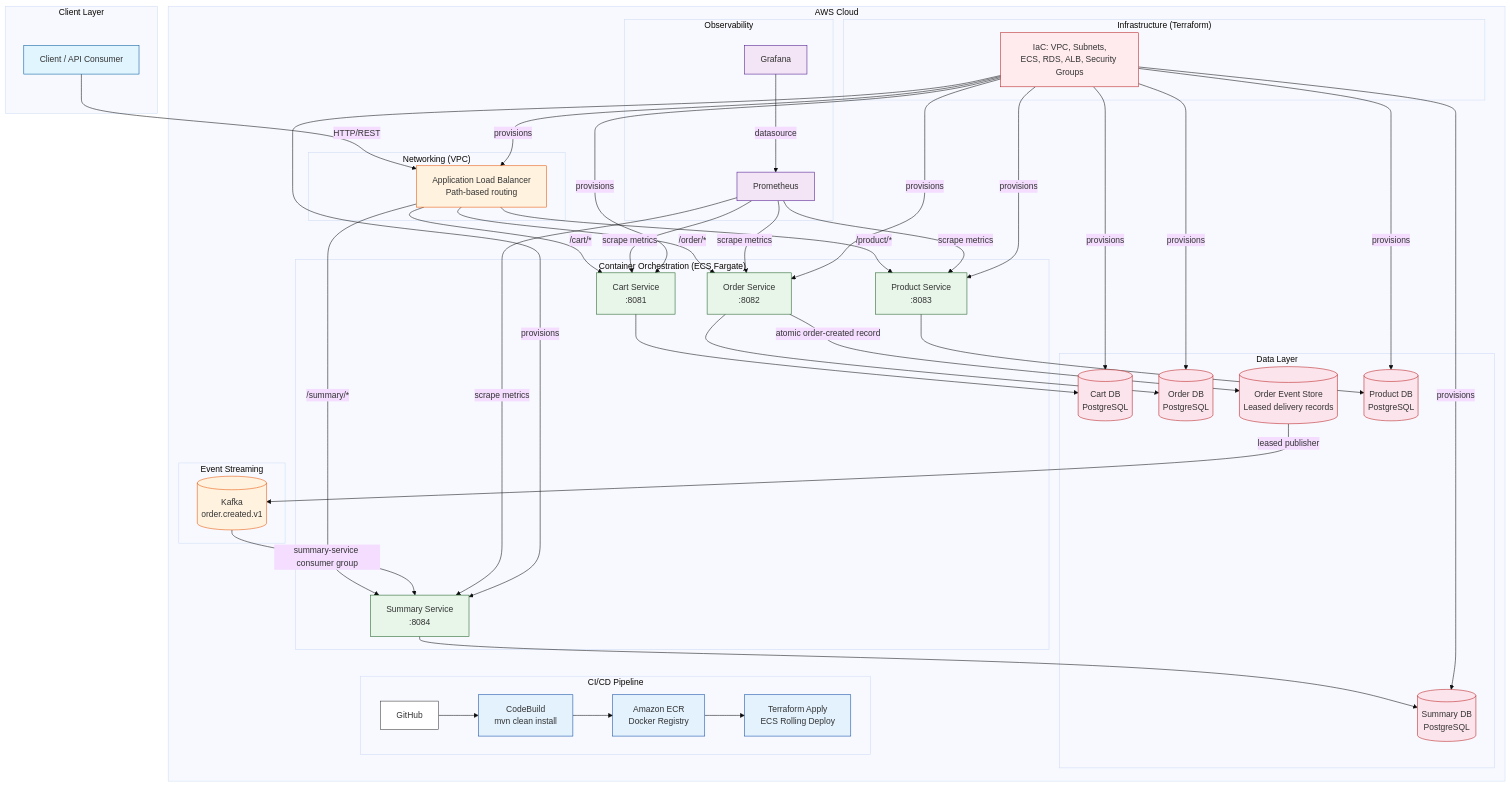
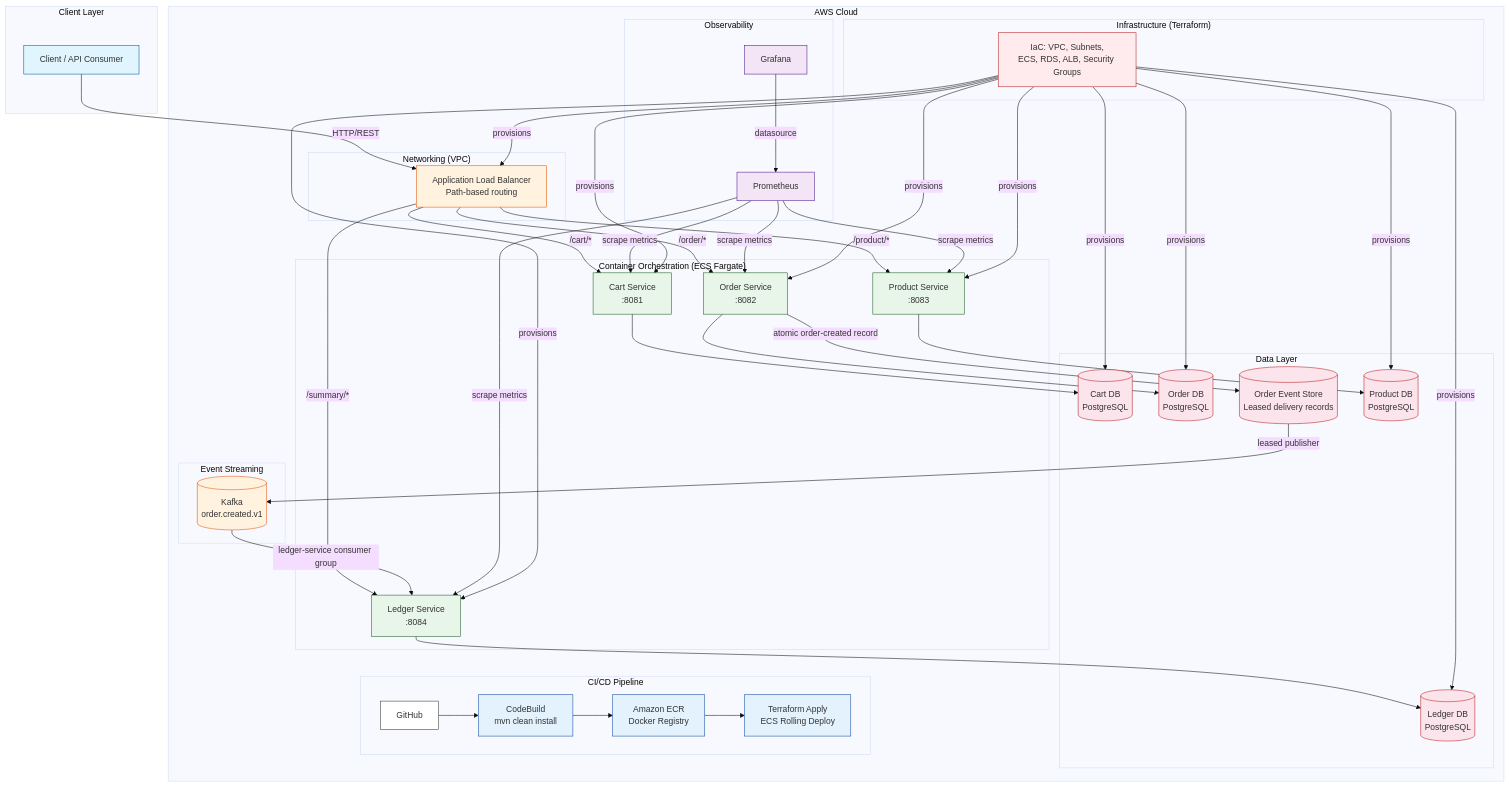
Before and after one commit to tukue/grocery-microservices: the second of 3 diagrams in README.md, drawn with Mermaid (base theme). The commit also changed other lines of this file and 63 other files, not shown here.

First line of the commit message:
Feature/rename summary to ledger service (#76)

```diff
--- a/README.md
+++ b/README.md
@@ -139,7 +139,7 @@
             CART[Cart Service<br/>:8081]
             ORDER[Order Service<br/>:8082]
             PROD[Product Service<br/>:8083]
-            SUMM[Summary Service<br/>:8084]
+            SUMM[Ledger Service<br/>:8084]
         end
 
         subgraph "Data Layer"
@@ -147,7 +147,7 @@
             ORDER_DB[(Order DB<br/>PostgreSQL)]
             EVENT_STORE[(Order Event Store<br/>Leased delivery records)]
             PROD_DB[(Product DB<br/>PostgreSQL)]
-            SUMM_DB[(Summary DB<br/>PostgreSQL)]
+            SUMM_DB[(Ledger DB<br/>PostgreSQL)]
         end
 
         subgraph "Event Streaming"
@@ -180,7 +180,7 @@
     ORDER --> ORDER_DB
     ORDER -->|atomic order-created record| EVENT_STORE
     EVENT_STORE -->|leased publisher| KAFKA
-    KAFKA -->|summary-service consumer group| SUMM
+    KAFKA -->|ledger-service consumer group| SUMM
     PROD --> PROD_DB
     SUMM --> SUMM_DB
 
```
